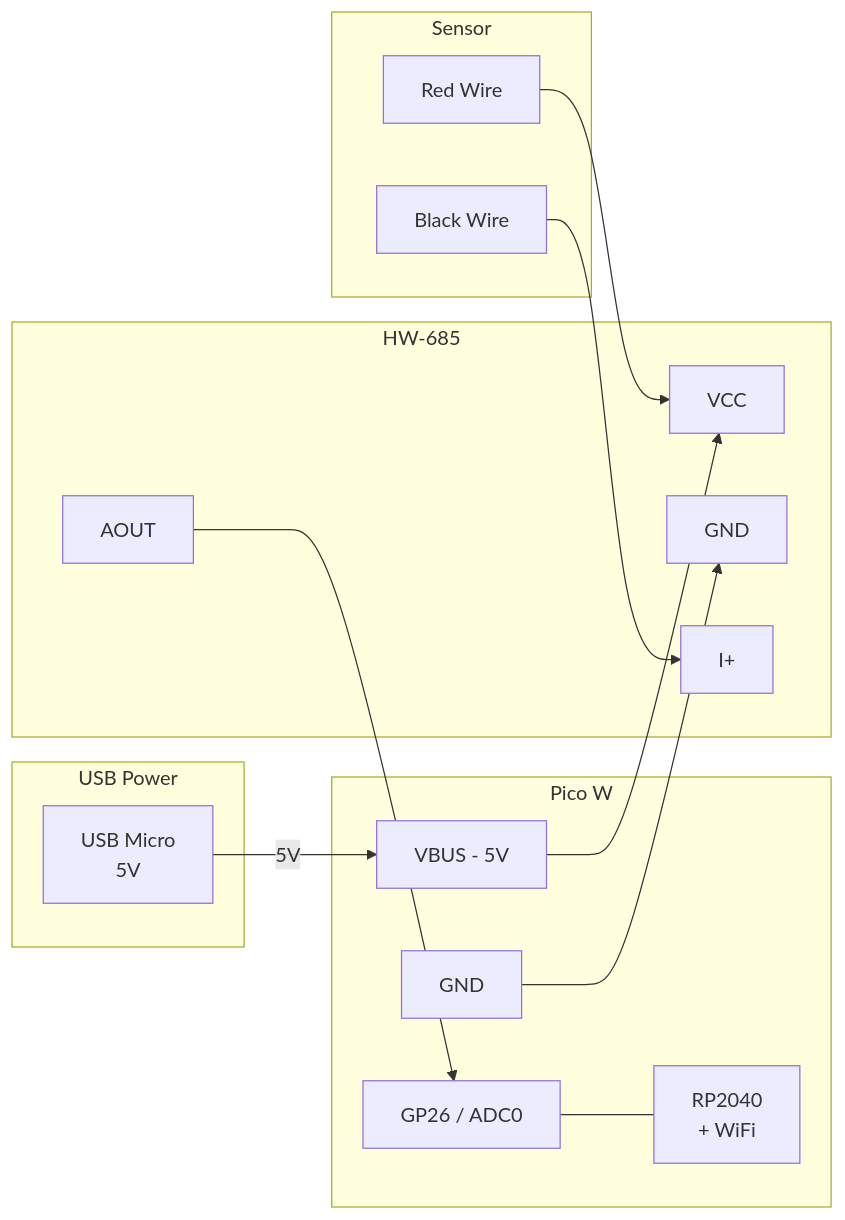
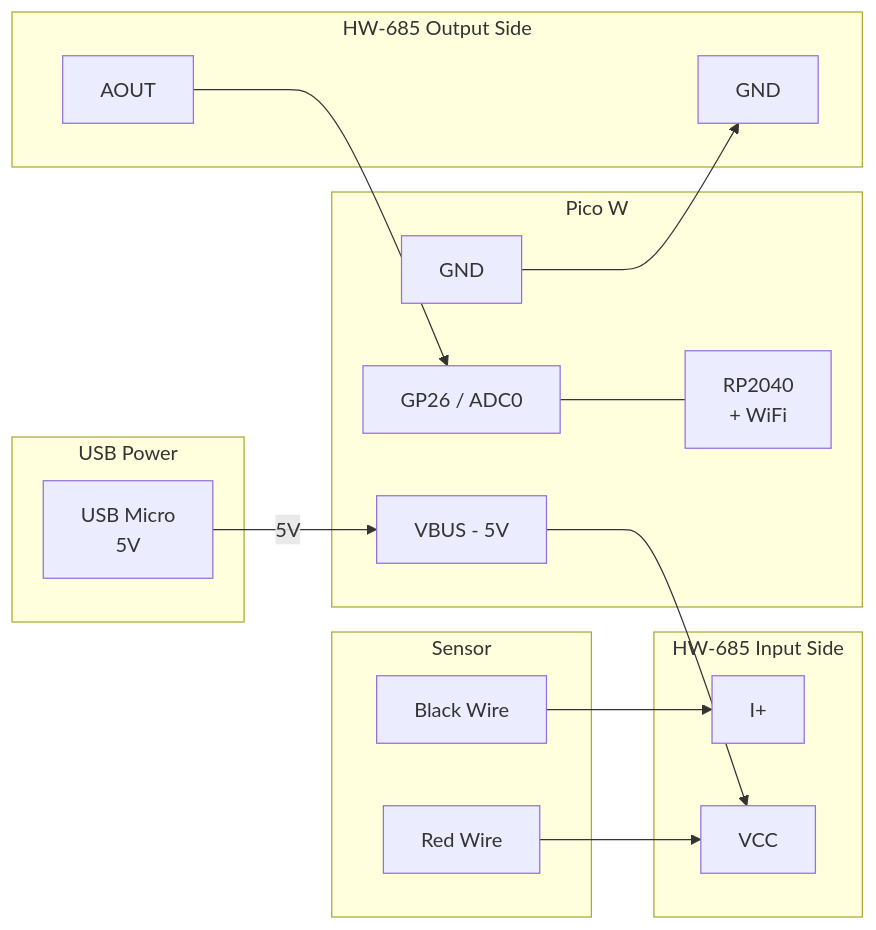
One commit to bosmun0224/cistern changed the diagram in README.md. Above: the diagram before and after it, drawn with Mermaid.

Commit message:
Refactor wiring diagram in README.md to improve clarity of sensor and HW-685 connections

````diff
--- a/README.md
+++ b/README.md
@@ -16,33 +16,36 @@
 ```mermaid
 graph LR
     subgraph USB Power
         USB[USB Micro<br>5V]
+    end
+
+    subgraph Sensor
+        RED[Red Wire]
+        BLK[Black Wire]
+    end
+
+    subgraph HW-685 Input Side
+        IP[I+]
+        VCC[VCC]
+    end
+
+    subgraph HW-685 Output Side
+        AOUT[AOUT]
+        GNDH[GND]
     end
 
     subgraph Pico W
         VBUS[VBUS - 5V]
         ADC0[GP26 / ADC0]
         GND1[GND]
         MCU[RP2040<br>+ WiFi]
     end
 
-    subgraph HW-685
-        VCC[VCC]
-        AOUT[AOUT]
-        GNDH[GND]
-        IP[I+]
-    end
-
-    subgraph Sensor
-        RED[Red Wire]
-        BLK[Black Wire]
-    end
-
     USB -->|5V| VBUS
     VBUS --> VCC
-    GND1 --> GNDH
     RED --> VCC
     BLK --> IP
     AOUT --> ADC0
+    GND1 --> GNDH
     ADC0 --- MCU
 ```
````
